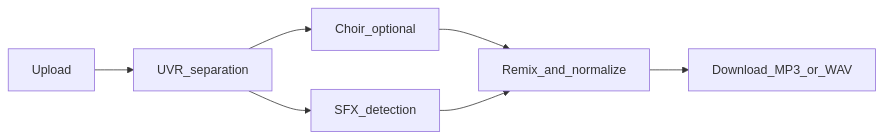
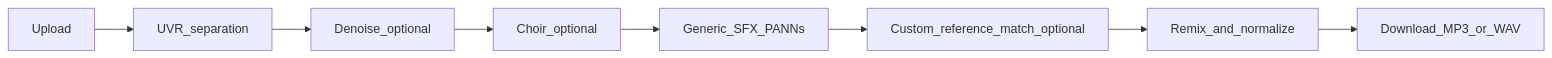
One commit to ahmedelhassanein1/PureMusicAI-Music-Cleaner-App changed the diagram in README.md. Above: the diagram before and after it, drawn with Mermaid. The commit also changed other lines of this file, not shown here.

Commit message:
Updated README with custom sfx reduction + denoise features

````diff
--- a/README.md
+++ b/README.md
@@ -148,9 +159,10 @@
 ```mermaid
 flowchart LR
   upload[Upload] --> separate[UVR_separation]
-  separate --> choir[Choir_optional]
-  separate --> sfx[SFX_detection]
-  choir --> remix[Remix_and_normalize]
-  sfx --> remix
+  separate --> denoise[Denoise_optional]
+  denoise --> choir[Choir_optional]
+  choir --> genericSfx[Generic_SFX_PANNs]
+  genericSfx --> customSfx[Custom_reference_match_optional]
+  customSfx --> remix[Remix_and_normalize]
   remix --> download[Download_MP3_or_WAV]
 ```
````
